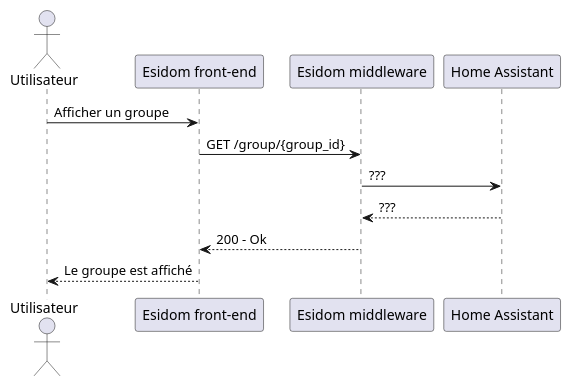
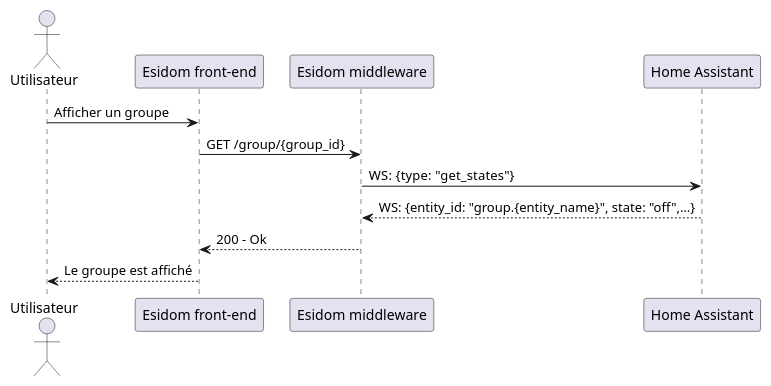
Before and after one commit to SKAVALT-io/esidom_doc: the diagram in cdct/diagramme_de_sequence/plantuml/afficher_groupe.puml, drawn with PlantUML. The commit also changed 7 other files, not shown here.

Commit message:
docs(cdct): update sequence diagram

```diff
--- a/cdct/diagramme_de_sequence/plantuml/afficher_groupe.puml
+++ b/cdct/diagramme_de_sequence/plantuml/afficher_groupe.puml
@@ -1,15 +1,15 @@
 @startuml afficher groupe
 
 actor "Utilisateur" as u
 participant "Esidom front-end" as fe
 participant "Esidom middleware" as m
 participant "Home Assistant" as ha
 
 u -> fe: Afficher un groupe
 fe -> m: GET /group/{group_id}
-m -> ha: ???
-ha --> m: ???
+m -> ha: WS:  {type: "get_states"}
+ha --> m: WS: {entity_id: "group.{entity_name}", state: "off",…}
 m --> fe: 200 - Ok
 fe --> u: Le groupe est affiché
 
 @enduml
```
